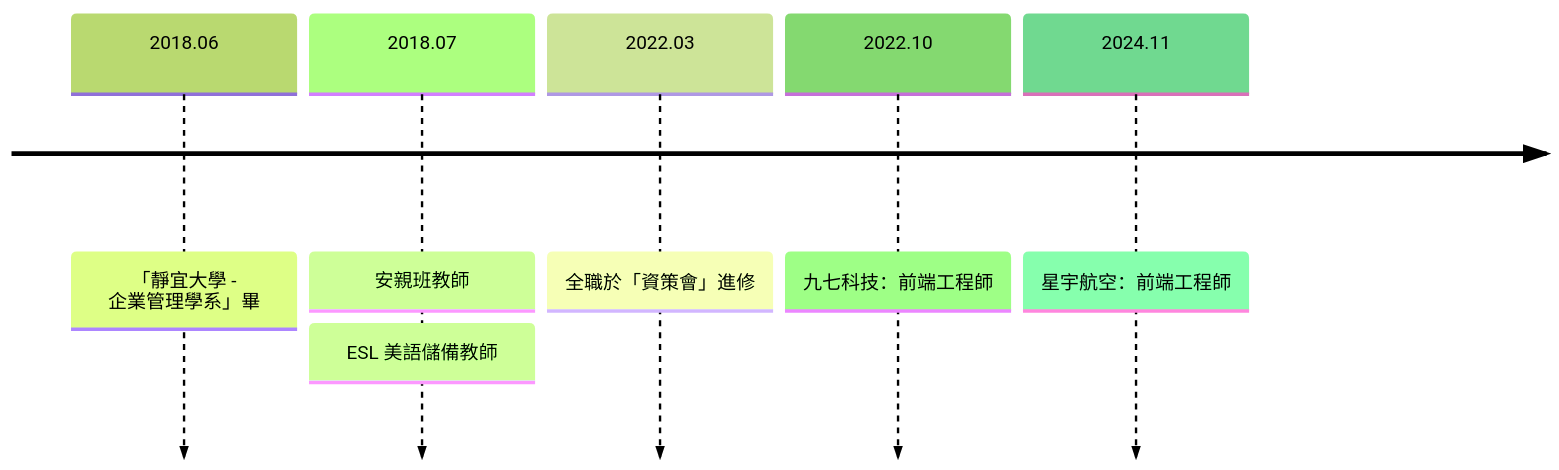
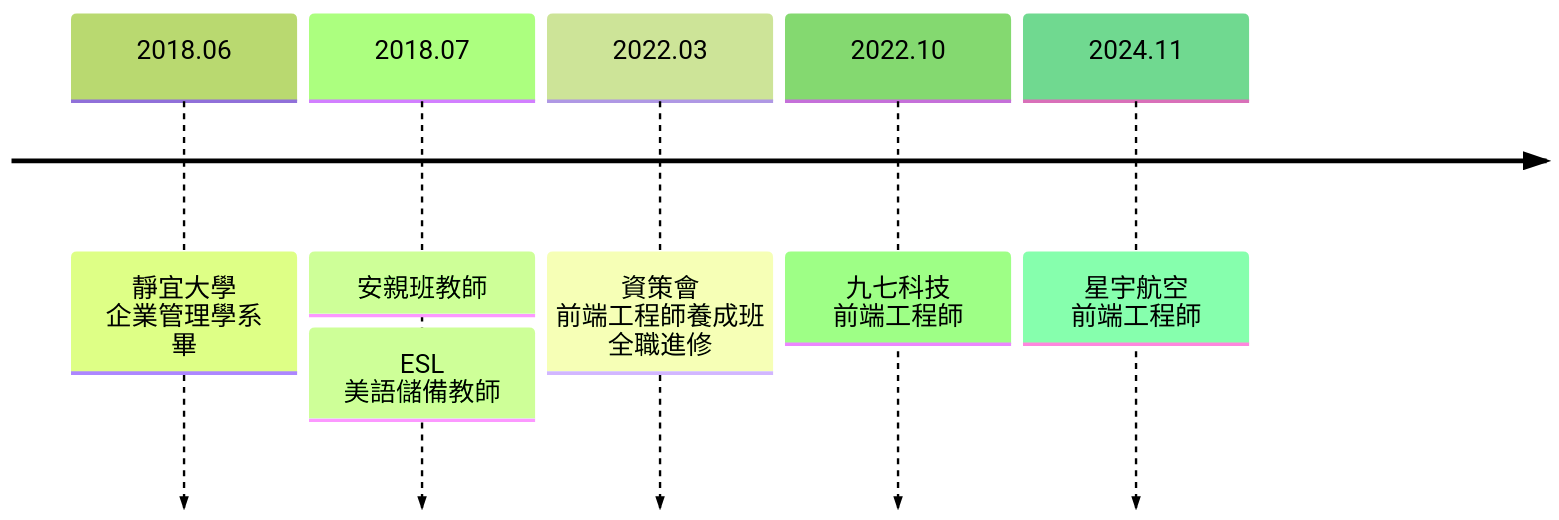
The diagram in pages/intro-slides.md (hangineer/CS-Degree-Interview), drawn with Mermaid before and after one commit. The commit also changed other lines of this file and 7 other files, not shown here.

````diff
--- a/pages/intro-slides.md
+++ b/pages/intro-slides.md
@@ -5,10 +5,11 @@
 ```mermaid
-%%{init: { 'logLevel': 'debug', 'theme': 'forest' } }%%
+%%{init: { 'logLevel': 'debug', 'theme': 'forest', 'themeVariables': { 'fontSize': '22px' } } }%%
 timeline
 
-    2018.06 : 「靜宜大學 - 企業管理學系」畢
-    2018.07 : 安親班教師 : ESL 美語儲備教師
-    2022.03 : 全職於「資策會」進修
-    2022.10 : 九七科技：前端工程師
-    2024.11 : 星宇航空：前端工程師
+    2018.06 : 靜宜大學 企業管理學系 <br> 畢
+    2018.07 : 安親班教師 :
+              ESL 美語儲備教師
+    2022.03 : 資策會 前端工程師養成班<br> 全職進修
+    2022.10 : 九七科技 <br> 前端工程師
+    2024.11 : 星宇航空 <br> 前端工程師
 ```
````
